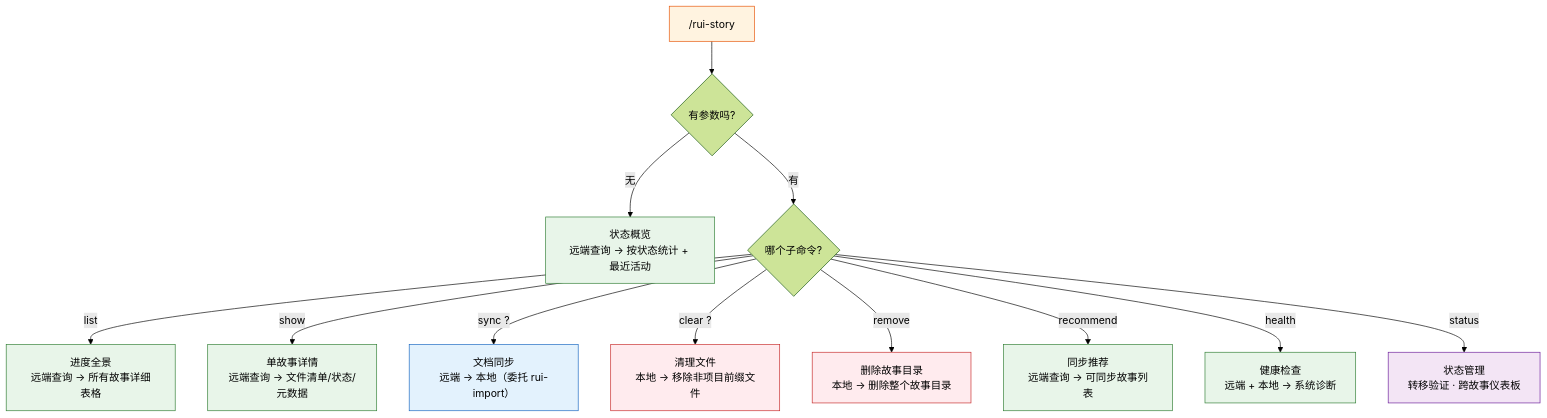
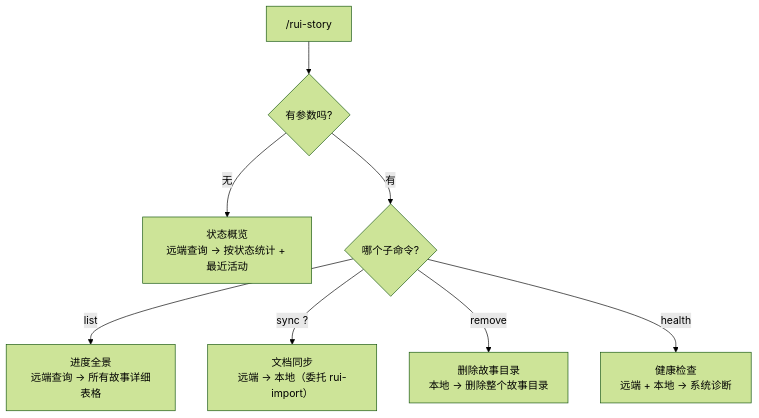
Before and after one commit to effiy/YrY: the first of 12 diagrams in skills/rui-story/SKILL.md, drawn with Mermaid (forest theme). The commit also changed other lines of this file and 61 other files, not shown here.

````diff
--- a/skills/rui-story/SKILL.md
+++ b/skills/rui-story/SKILL.md
@@ -20,20 +20,11 @@
 ```mermaid
 flowchart TD
     ENTRY["/rui-story"]:::entry --> Q1{"有参数吗?"}
     Q1 -->|"无"| OVERVIEW["状态概览<br/>远端查询 → 按状态统计 + 最近活动"]:::read
     Q1 -->|"有"| Q2{"哪个子命令?"}
     Q2 -->|"list"| LIST["进度全景<br/>远端查询 → 所有故事详细表格"]:::read
-    Q2 -->|"show <name>"| SHOW["单故事详情<br/>远端查询 → 文件清单/状态/元数据"]:::read
     Q2 -->|"sync <name>?"| SYNC["文档同步<br/>远端 → 本地（委托 rui-import）"]:::write
-    Q2 -->|"clear <name>?"| CLEAR["清理文件<br/>本地 → 移除非项目前缀文件"]:::danger
     Q2 -->|"remove <name>"| REMOVE["删除故事目录<br/>本地 → 删除整个故事目录"]:::danger
-    Q2 -->|"recommend"| RECOMMEND["同步推荐<br/>远端查询 → 可同步故事列表"]:::read
     Q2 -->|"health"| HEALTH["健康检查<br/>远端 + 本地 → 系统诊断"]:::read
-    Q2 -->|"status"| STATUS["状态管理<br/>转移验证 · 跨故事仪表板"]:::diag
 
-    classDef entry fill:#fff3e0,stroke:#e65100;
-    classDef read fill:#e8f5e9,stroke:#2e7d32;
-    classDef write fill:#e3f2fd,stroke:#1565c0;
-    classDef danger fill:#ffebee,stroke:#c62828;
-    classDef diag fill:#f3e5f5,stroke:#6a1b9a;
 ```
````
